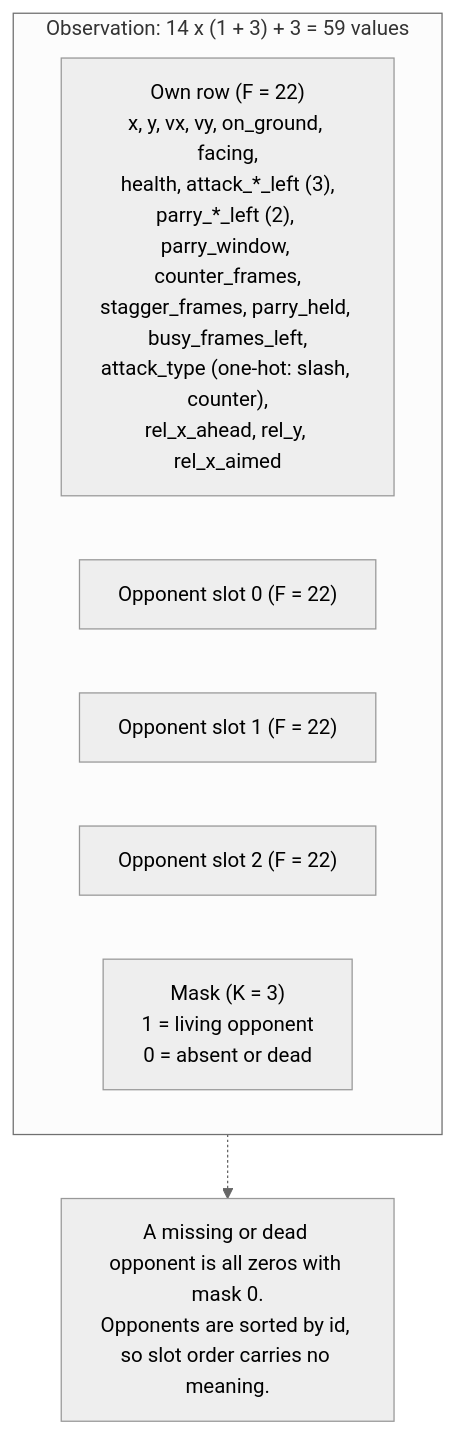
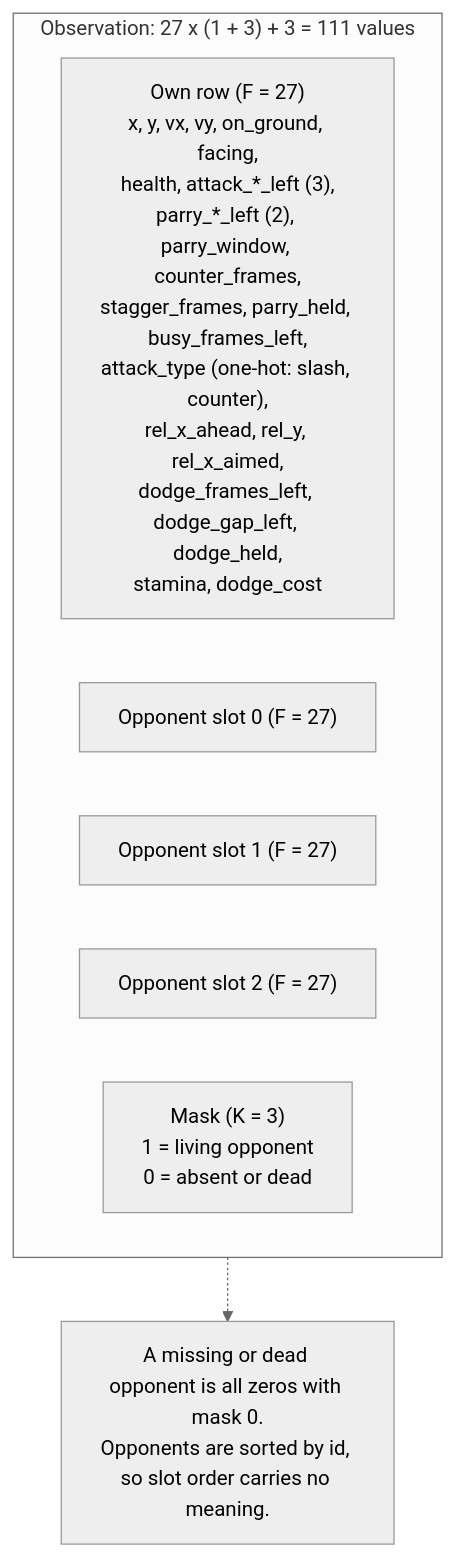
Before and after one commit to Martin-Jin/arena-rl: the second of 5 diagrams in docs/network.md, drawn with Mermaid (neutral theme). The commit also changed other lines of this file and 56 other files, not shown here.

Commit message:
Added the dodge mechanic, the dodger opponent and mixed training opponents.

````diff
--- a/docs/network.md
+++ b/docs/network.md
@@ -40,13 +40,13 @@
 ```mermaid
 flowchart TB
-    subgraph IN["Observation: 14 x (1 + 3) + 3 = 59 values"]
+    subgraph IN["Observation: 27 x (1 + 3) + 3 = 111 values"]
         direction LR
-        S["Own row (F = 22)<br/>x, y, vx, vy, on_ground, facing,<br/>health, attack_*_left (3),<br/>parry_*_left (2), parry_window, counter_frames,<br/>stagger_frames, parry_held, busy_frames_left,<br/>attack_type (one-hot: slash, counter),<br/>rel_x_ahead, rel_y, rel_x_aimed"]
-        O1["Opponent slot 0 (F = 22)"]
-        O2["Opponent slot 1 (F = 22)"]
-        O3["Opponent slot 2 (F = 22)"]
+        S["Own row (F = 27)<br/>x, y, vx, vy, on_ground, facing,<br/>health, attack_*_left (3),<br/>parry_*_left (2), parry_window, counter_frames,<br/>stagger_frames, parry_held, busy_frames_left,<br/>attack_type (one-hot: slash, counter),<br/>rel_x_ahead, rel_y, rel_x_aimed,<br/>dodge_frames_left, dodge_gap_left, dodge_held,<br/>stamina, dodge_cost"]
+        O1["Opponent slot 0 (F = 27)"]
+        O2["Opponent slot 1 (F = 27)"]
+        O3["Opponent slot 2 (F = 27)"]
         M["Mask (K = 3)<br/>1 = living opponent<br/>0 = absent or dead"]
     end
     NOTE["A missing or dead opponent is all zeros with mask 0.<br/>Opponents are sorted by id, so slot order carries no meaning."]
     IN -.-> NOTE
 ```
````
